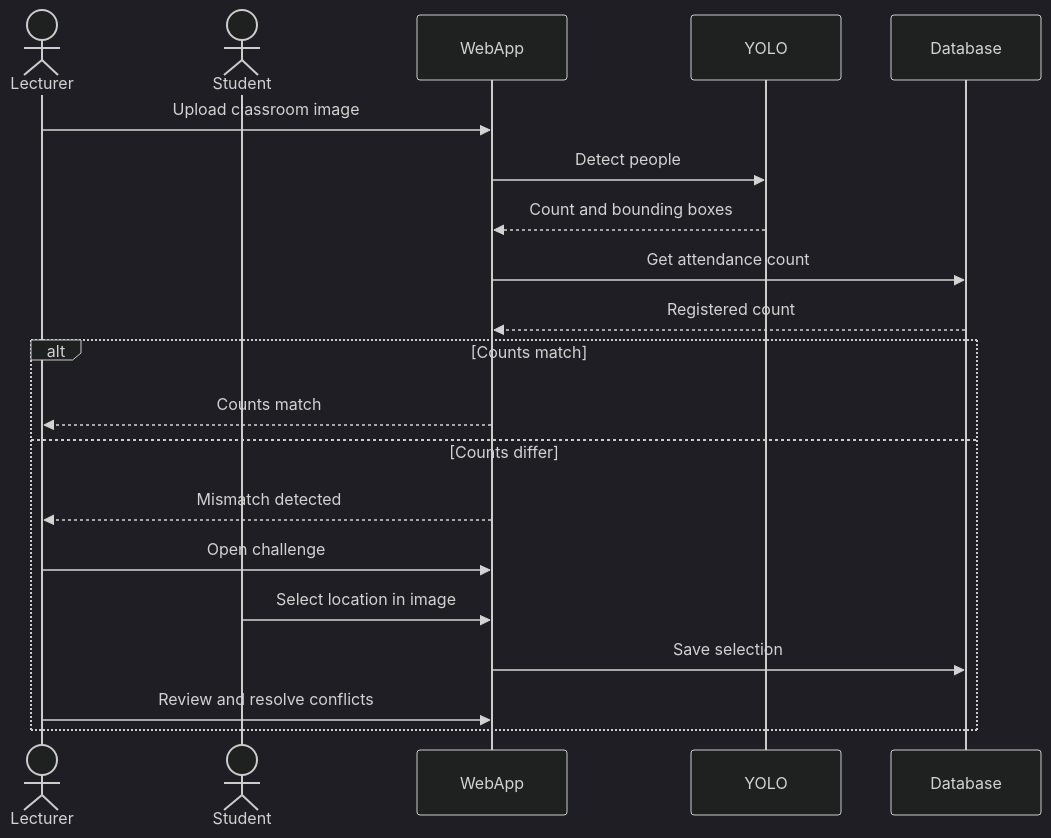
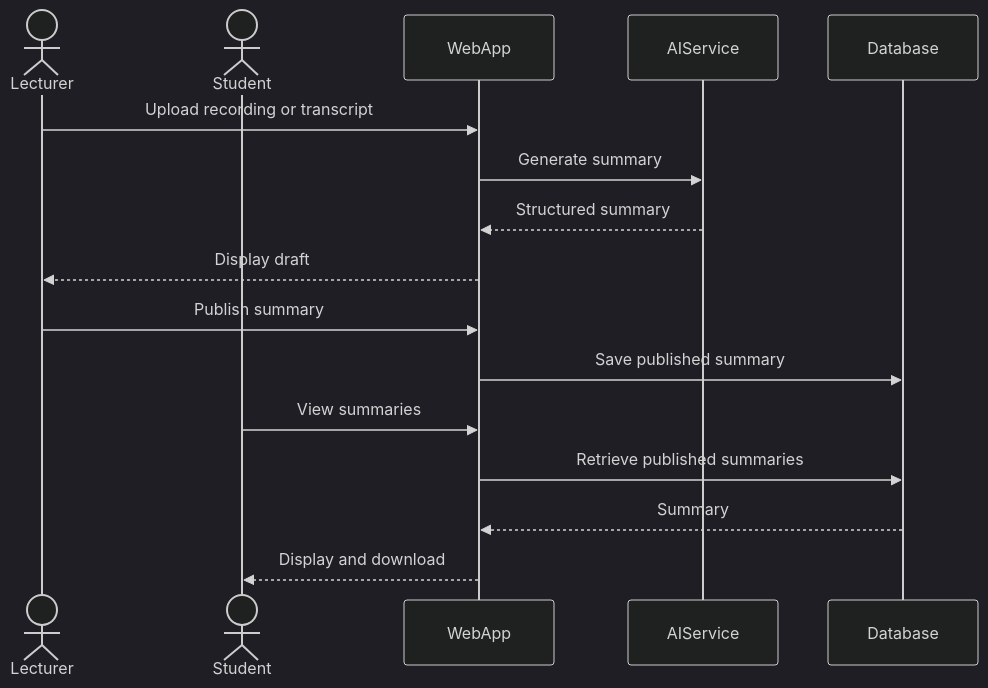
Before and after one commit to talabaker3276/I2SE_Ex2: the third of 4 diagrams in DIAGRAMS.md, drawn with Mermaid (dark theme). The commit also changed other lines of this file, not shown here.

First line of the commit message:
Revise diagrams for Smart Classroom system

````diff
--- a/DIAGRAMS.md
+++ b/DIAGRAMS.md
@@ -102,24 +118,19 @@
 ```mermaid
 sequenceDiagram
     actor Lecturer
     actor Student
     participant WebApp
-    participant YOLO
+    participant AIService
     participant Database
 
-    Lecturer->>WebApp: Upload classroom image
-    WebApp->>YOLO: Detect people
-    YOLO-->>WebApp: Count and bounding boxes
-    WebApp->>Database: Get attendance count
-    Database-->>WebApp: Registered count
-
-    alt Counts match
-        WebApp-->>Lecturer: Counts match
-    else Counts differ
-        WebApp-->>Lecturer: Mismatch detected
-        Lecturer->>WebApp: Open challenge
-        Student->>WebApp: Select location in image
-        WebApp->>Database: Save selection
-        Lecturer->>WebApp: Review and resolve conflicts
-    end
+    Lecturer->>WebApp: Upload recording or transcript
+    WebApp->>AIService: Generate summary
+    AIService-->>WebApp: Structured summary
+    WebApp-->>Lecturer: Display draft
+    Lecturer->>WebApp: Publish summary
+    WebApp->>Database: Save published summary
+    Student->>WebApp: View summaries
+    WebApp->>Database: Retrieve published summaries
+    Database-->>WebApp: Summary
+    WebApp-->>Student: Display and download
 ```
````
